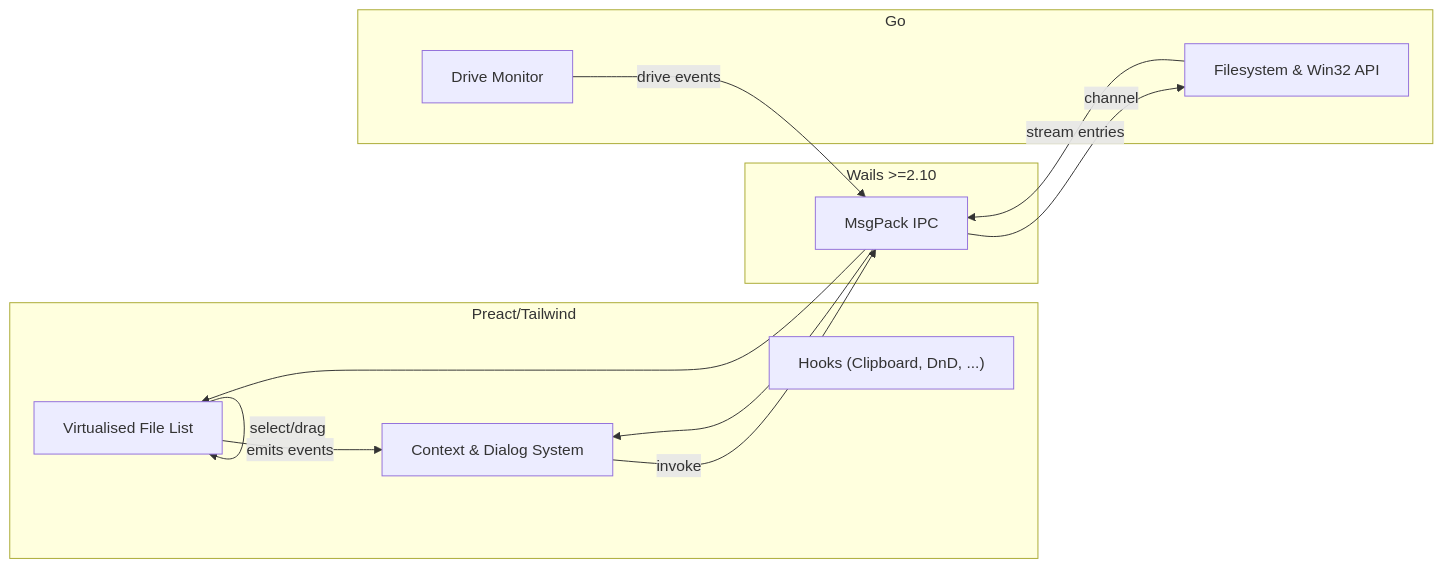
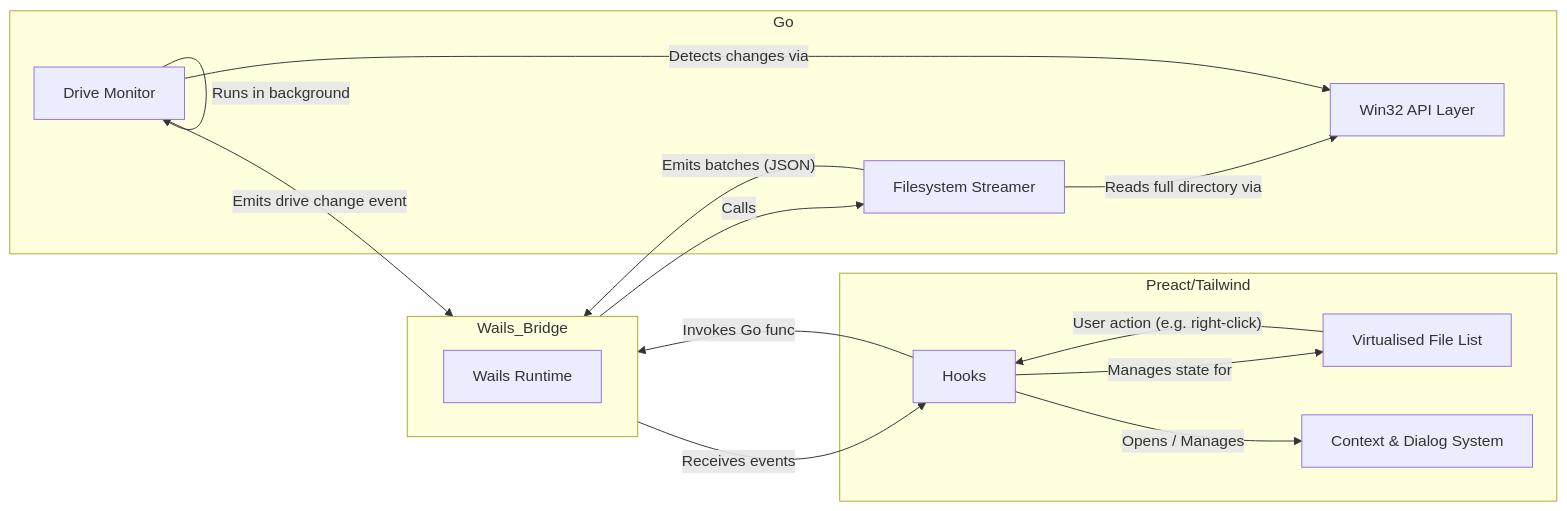
Before and after one commit to SimplyYourAverageDev/lightning-explorer: the diagram in README.md, drawn with Mermaid.

Commit message:
Updated README mermaid diagram to be more accurate

````diff
--- a/README.md
+++ b/README.md
@@ -126,22 +126,36 @@
 ```mermaid
 flowchart LR
     subgraph Frontend [Preact/Tailwind]
         A[Virtualised File List]
         B[Context & Dialog System]
-        C["Hooks (Clipboard, DnD, ...)"]
+        C[Hooks]
     end
-    subgraph Wails_Bridge [Wails >=2.10]
-        D[MsgPack IPC]
+
+    subgraph Wails_Bridge
+        direction LR
+        D[Wails Runtime]
     end
+
     subgraph Backend [Go]
-        E[Filesystem & Win32 API]
+        E[Filesystem Streamer]
         F[Drive Monitor]
+        G[Win32 API Layer]
     end
-    A -- select/drag --> A
-    A -- emits events --> B
-    B -->|invoke| D
-    D -->|channel| E
-    E -- stream entries --> D
-    D --> A
-    F -- drive events --> D --> B
+
+    %% Frontend Interactions
+    A -- "User action (e.g. right-click)" --> C
+    C -- "Manages state for" --> A
+    C -- "Opens / Manages" --> B
+    C -- "Invokes Go func" --> D
+
+    %% Backend to Frontend Streaming
+    D -- "Calls" --> E
+    E -- "Reads full directory via" --> G
+    E -- "Emits batches (JSON)" --> D
+    D -- "Receives events" --> C
+
+    %% Drive Monitoring
+    F -- "Runs in background" --> F
+    F -- "Detects changes via" --> G
+    F -- "Emits drive change event" --> D
 ```
````
